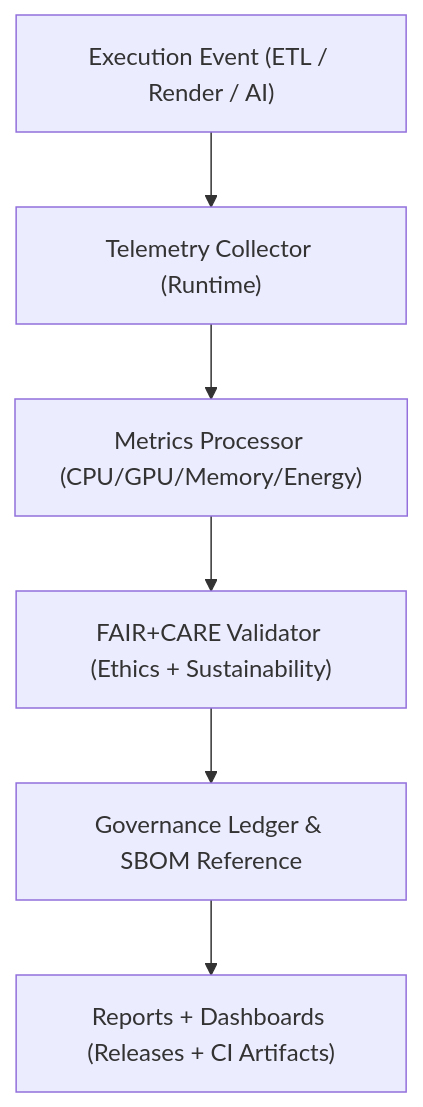
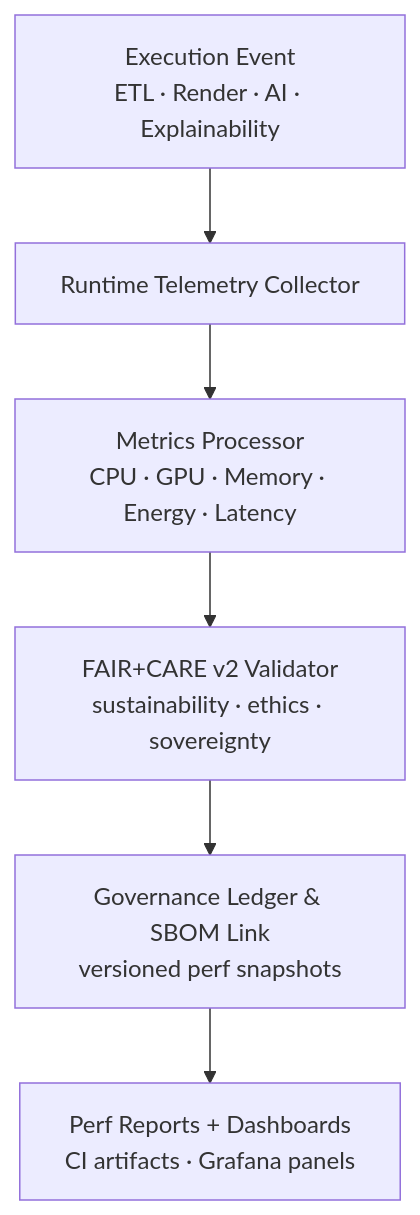
The diagram in docs/guides/perf/telemetry-profiling.md (bartytime4life/Kansas-Frontier-Matrix), drawn with Mermaid before and after one commit. The commit also changed other lines of this file, not shown here.

First line of the commit message:
Upgrade telemetry profiling framework to v10.4.2

`````diff
--- a/docs/guides/perf/telemetry-profiling.md
+++ b/docs/guides/perf/telemetry-profiling.md
@@ -61,8 +76,8 @@
 ```mermaid
 flowchart TD
-A["Execution Event (ETL / Render / AI)"] --> B["Telemetry Collector (Runtime)"]
-B --> C["Metrics Processor (CPU/GPU/Memory/Energy)"]
-C --> D["FAIR+CARE Validator (Ethics + Sustainability)"]
-D --> E["Governance Ledger & SBOM Reference"]
-E --> F["Reports + Dashboards (Releases + CI Artifacts)"]
-```
+A["Execution Event<br/>ETL · Render · AI · Explainability"] --> B["Runtime Telemetry Collector"]
+B --> C["Metrics Processor<br/>CPU · GPU · Memory · Energy · Latency"]
+C --> D["FAIR+CARE v2 Validator<br/>sustainability · ethics · sovereignty"]
+D --> E["Governance Ledger & SBOM Link<br/>versioned perf snapshots"]
+E --> F["Perf Reports + Dashboards<br/>CI artifacts · Grafana panels"]
+````
`````
